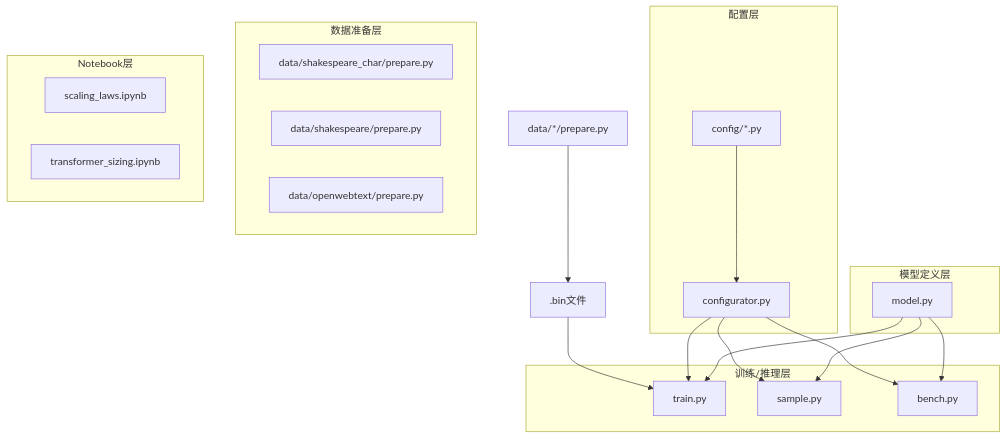
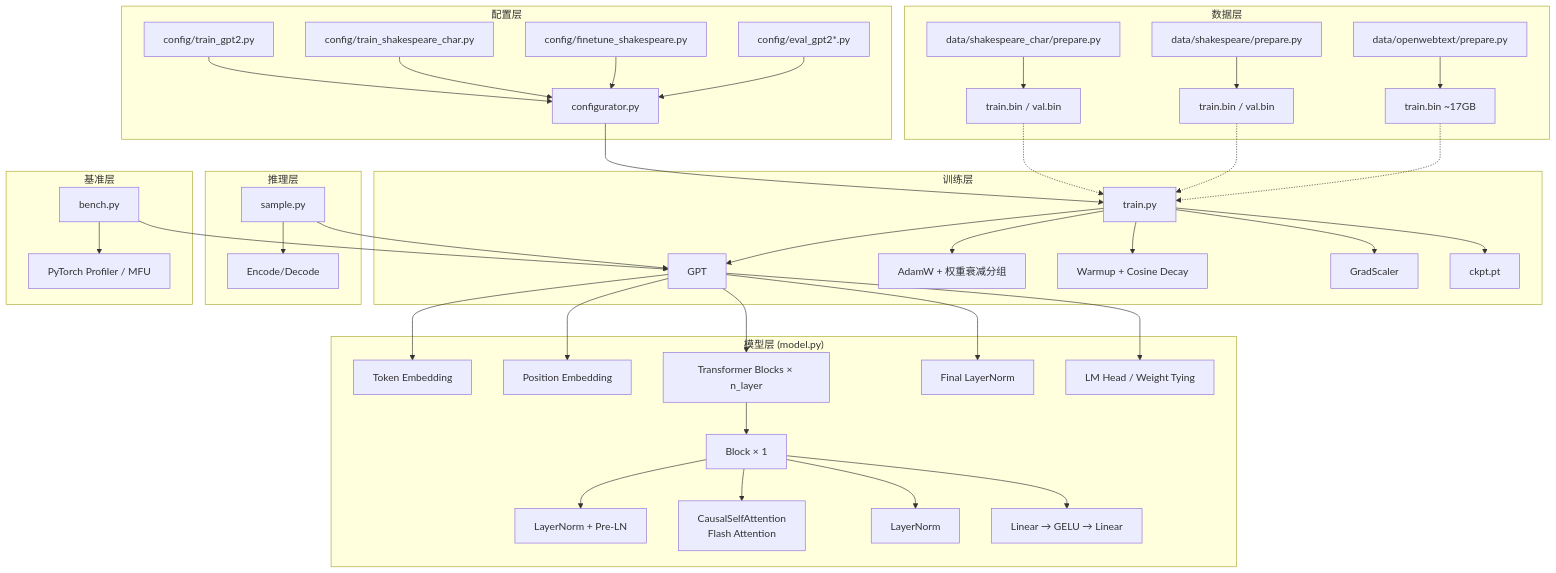
Before and after one commit to wangbinyq/opensource-arch: the first of 2 diagrams in analyses/nanogpt/README.md, drawn with Mermaid. The commit also changed other lines of this file and 8 other files, not shown here.

````diff
--- a/analyses/nanogpt/README.md
+++ b/analyses/nanogpt/README.md
@@ -54,38 +31,53 @@
 ```mermaid
 graph TB
-    subgraph "模型定义层"
-        model.py
-    end
-    
-    subgraph "训练/推理层"
-        train.py
-        sample.py
-        bench.py
+    subgraph "数据层"
+        ST_DATA[data/shakespeare_char/prepare.py] --> ST_BIN[train.bin / val.bin]
+        S_DATA[data/shakespeare/prepare.py] --> S_BIN[train.bin / val.bin]
+        OWT_DATA[data/openwebtext/prepare.py] --> OWT_BIN[train.bin ~17GB]
     end
     
     subgraph "配置层"
-        configurator.py
-        config/*.py
+        CFG_TRAIN_124M[config/train_gpt2.py] --> CONFIGURATOR[configurator.py]
+        CFG_TRAIN_CHAR[config/train_shakespeare_char.py] --> CONFIGURATOR
+        CFG_FT[config/finetune_shakespeare.py] --> CONFIGURATOR
+        CFG_EVAL[config/eval_gpt2*.py] --> CONFIGURATOR
     end
     
-    subgraph "数据准备层"
-        data/shakespeare_char/prepare.py
-        data/shakespeare/prepare.py
-        data/openwebtext/prepare.py
+    subgraph "训练层"
+        TRAIN[train.py]
+        CONFIGURATOR --> TRAIN
+        TRAIN --> MODEL
+        TRAIN --> OPT[AdamW + 权重衰减分组]
+        TRAIN --> LR_SCHED[Warmup + Cosine Decay]
+        TRAIN --> SCALER[GradScaler]
+        TRAIN --> CKPT[ckpt.pt]
     end
     
-    subgraph "Notebook层"
-        scaling_laws.ipynb
-        transformer_sizing.ipynb
+    subgraph "模型层 (model.py)"
+        MODEL[GPT]
+        MODEL --> WTE[Token Embedding]
+        MODEL --> WPE[Position Embedding]
+        MODEL --> BLOCKS[Transformer Blocks × n_layer]
+        MODEL --> LNF[Final LayerNorm]
+        MODEL --> LM_HEAD[LM Head / Weight Tying]
+        BLOCKS --> BLOCK[Block × 1]
+        BLOCK --> LN1[LayerNorm + Pre-LN]
+        BLOCK --> ATTENTION[CausalSelfAttention<br/>Flash Attention]
+        BLOCK --> LN2[LayerNorm]
+        BLOCK --> MLP[Linear → GELU → Linear]
     end
     
-    model.py --> train.py
-    model.py --> sample.py
-    model.py --> bench.py
-    configurator.py --> train.py
-    configurator.py --> sample.py
-    configurator.py --> bench.py
-    config/*.py --> configurator.py
-    data/*/prepare.py --> .bin文件
-    .bin文件 --> train.py
+    subgraph "推理层"
+        SAMPLE[sample.py] --> MODEL
+        SAMPLE --> ENCDEC[Encode/Decode]
+    end
+    
+    subgraph "基准层"
+        BENCH[bench.py] --> MODEL
+        BENCH --> PROFILER[PyTorch Profiler / MFU]
+    end
+    
+    ST_BIN -.-> TRAIN
+    S_BIN -.-> TRAIN
+    OWT_BIN -.-> TRAIN
 ```
````
